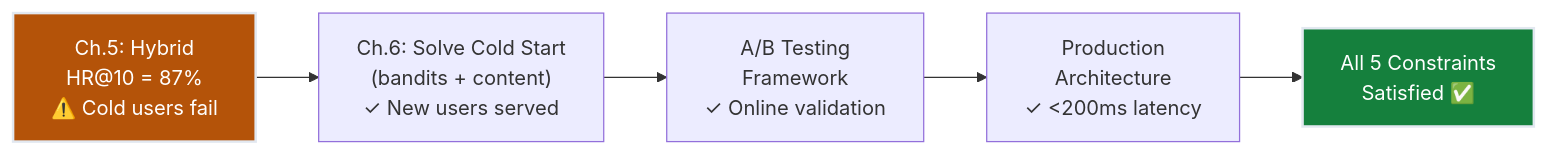
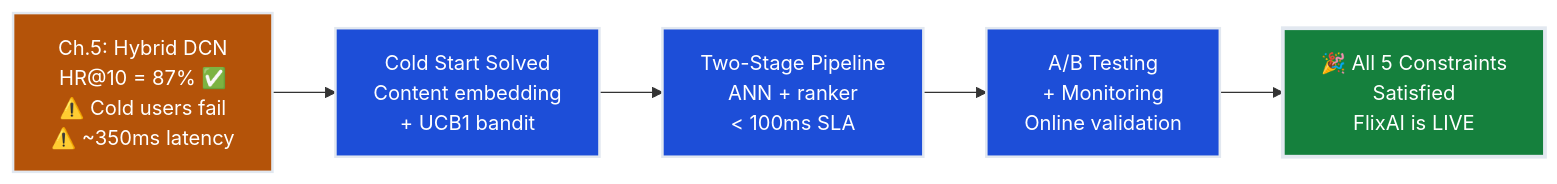
The first of 4 diagrams in notes/01-ml/04_recommender_systems/ch06_cold_start_production/README.md (deepakshamsft/ai-portfolio), drawn with Mermaid before and after one commit. The commit also changed other lines of this file and 727 other files, not shown here.

````diff
--- a/notes/01-ml/04_recommender_systems/ch06_cold_start_production/README.md
+++ b/notes/01-ml/04_recommender_systems/ch06_cold_start_production/README.md
@@ -41,10 +42,13 @@
 ```mermaid
 flowchart LR
-    HYBRID["Ch.5: Hybrid<br/>HR@10 = 87%<br/>⚠️ Cold users fail"] --> COLD["Ch.6: Solve Cold Start<br/>(bandits + content)<br/>✓ New users served"]
-    COLD --> AB["A/B Testing<br/>Framework<br/>✓ Online validation"]
-    AB --> SERVE["Production<br/>Architecture<br/>✓ <200ms latency"]
-    SERVE --> DONE["All 5 Constraints<br/>Satisfied ✅"]
-    
+    HYBRID["Ch.5: Hybrid DCN<br/>HR@10 = 87% ✅<br/>⚠️ Cold users fail<br/>⚠️ ~350ms latency"] --> COLD["Cold Start Solved<br/>Content embedding<br/>+ UCB1 bandit"]
+    COLD --> PIPE["Two-Stage Pipeline<br/>ANN + ranker<br/>< 100ms SLA"]
+    PIPE --> AB["A/B Testing<br/>+ Monitoring<br/>Online validation"]
+    AB --> DONE["🎉 All 5 Constraints<br/>Satisfied<br/>FlixAI is LIVE"]
+
     style HYBRID fill:#b45309,stroke:#e2e8f0,stroke-width:2px,color:#ffffff
-    style DONE fill:#15803d,stroke:#e2e8f0,stroke-width:2px,color:#ffffff
+    style COLD fill:#1d4ed8,stroke:#e2e8f0,stroke-width:2px,color:#ffffff
+    style PIPE fill:#1d4ed8,stroke:#e2e8f0,stroke-width:2px,color:#ffffff
+    style AB fill:#1d4ed8,stroke:#e2e8f0,stroke-width:2px,color:#ffffff
+    style DONE fill:#15803d,stroke:#e2e8f0,stroke-width:3px,color:#ffffff
 ```
````
